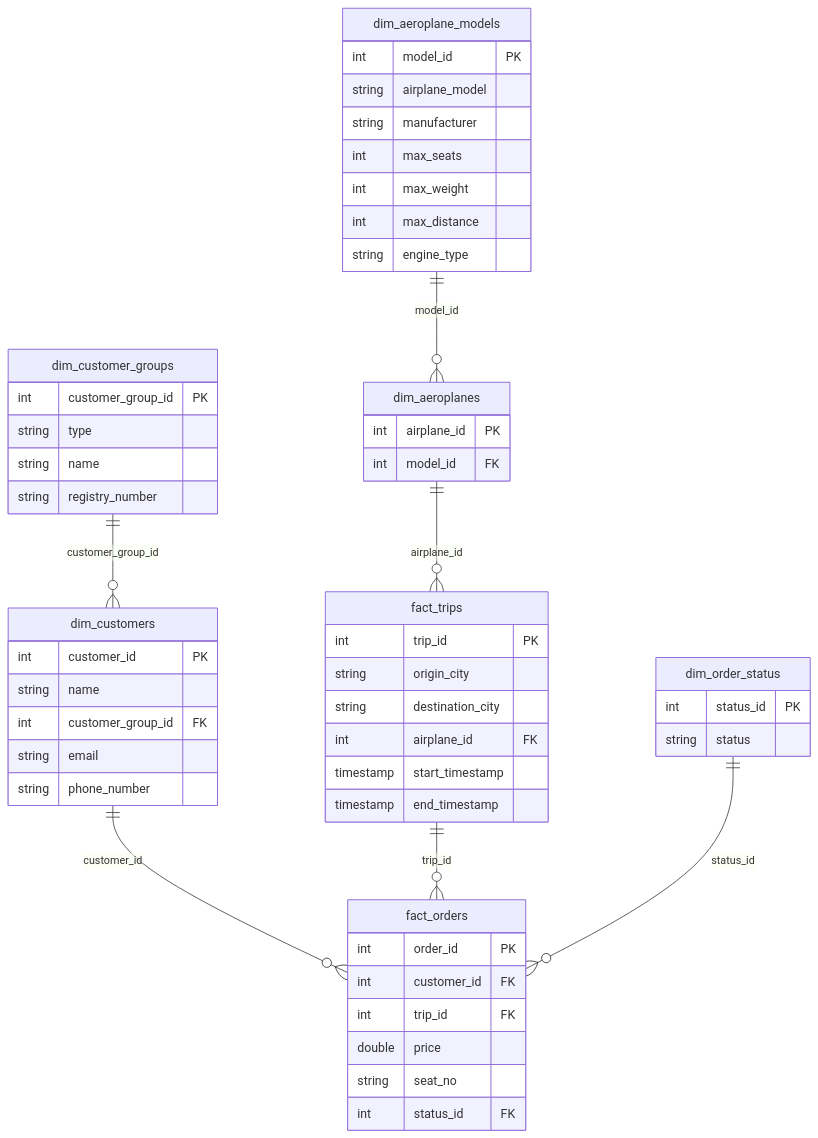
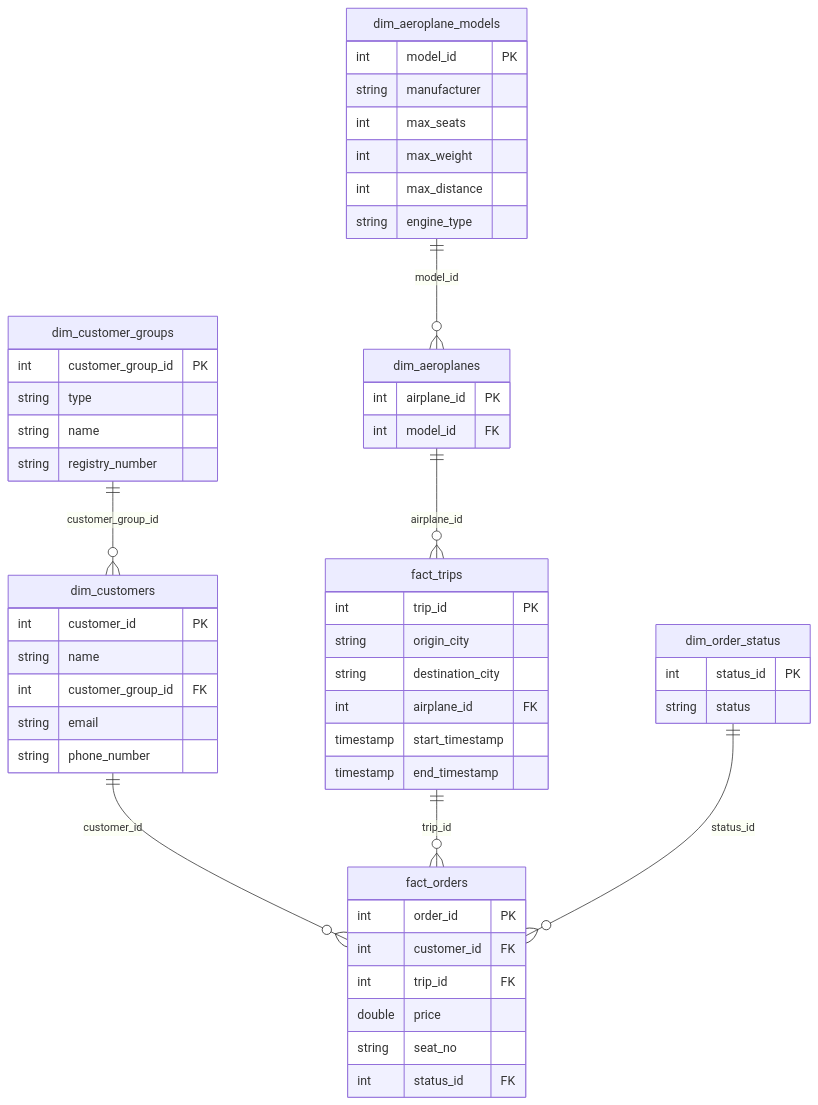
Before and after one commit to Victorede/Air_Boltic_Project: the diagram in README.MD, drawn with Mermaid. The commit also changed 6 other files, not shown here.

````diff
--- a/README.MD
+++ b/README.MD
@@ -10,68 +10,67 @@
 ```mermaid
 erDiagram
 
     %% Entities
 
     dim_customers {
         int customer_id PK
         string name
         int customer_group_id FK
         string email
         string phone_number
     }
     
     dim_customer_groups {
         int customer_group_id PK
         string type
         string name
         string registry_number
     }
 
     dim_aeroplanes {
         int airplane_id PK
         int model_id FK
     }
 
     dim_aeroplane_models {
         int model_id PK
-        string airplane_model
         string manufacturer
         int max_seats
         int max_weight
         int max_distance
         string engine_type
     }
 
     fact_trips {
         int trip_id PK
         string origin_city
         string destination_city
         int airplane_id FK
         timestamp start_timestamp
         timestamp end_timestamp
     }
 
     fact_orders {
         int order_id PK
         int customer_id FK
         int trip_id FK
         double price
         string seat_no
         int status_id FK
     }
 
     dim_order_status {
         int status_id PK
         string status
     }
 
     %% Relationships
 
     dim_customer_groups ||--o{ dim_customers : customer_group_id
     dim_aeroplane_models ||--o{ dim_aeroplanes : model_id
     dim_aeroplanes ||--o{ fact_trips : airplane_id
     dim_customers ||--o{ fact_orders : customer_id
     fact_trips ||--o{ fact_orders : trip_id
     dim_order_status ||--o{ fact_orders : status_id
 
 ```
````
